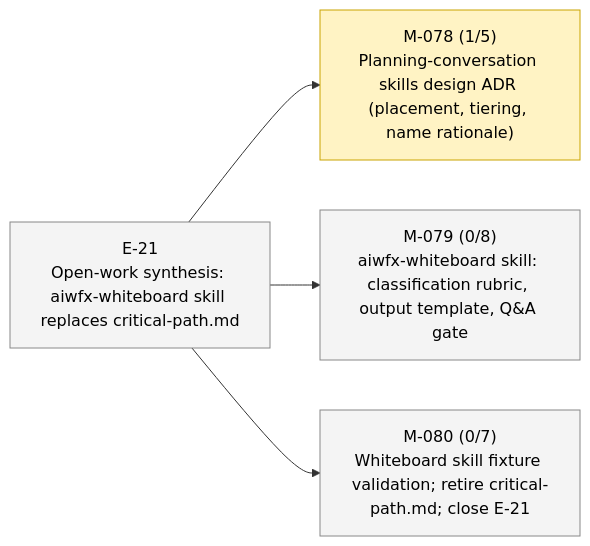
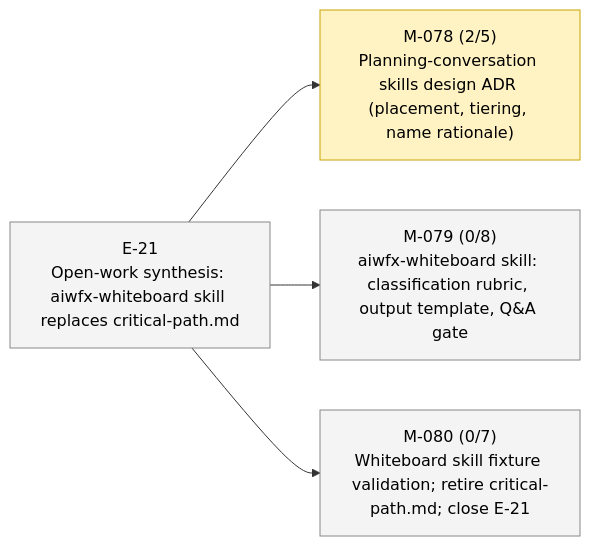
One commit to 23min/aiwf changed the second of 2 diagrams in STATUS.md. Above: the diagram before and after it, drawn with Mermaid. The commit also changed other lines of this file and 1 other file, not shown here.

````diff
--- a/STATUS.md
+++ b/STATUS.md
@@ -47,16 +47,16 @@
 ```mermaid
 flowchart LR
   E_21["E-21<br/>Open-work synthesis: aiwfx-whiteboard skill replaces critical-path.md"]:::epic_proposed
-  M_078["M-078 (1/5)<br/>Planning-conversation skills design ADR (placement, tiering, name rationale)"]:::ms_in_progress
+  M_078["M-078 (2/5)<br/>Planning-conversation skills design ADR (placement, tiering, name rationale)"]:::ms_in_progress
   E_21 --> M_078
   M_079["M-079 (0/8)<br/>aiwfx-whiteboard skill: classification rubric, output template, Q&A gate"]:::ms_draft
   E_21 --> M_079
   M_080["M-080 (0/7)<br/>Whiteboard skill fixture validation; retire critical-path.md; close E-21"]:::ms_draft
   E_21 --> M_080
   classDef epic_active fill:#d6eaff,stroke:#1a73e8,color:#000
   classDef epic_proposed fill:#f4f4f4,stroke:#888,color:#000
   classDef ms_done fill:#d8f5d8,stroke:#2a8a2a,color:#000
   classDef ms_in_progress fill:#fff3c4,stroke:#caa400,color:#000
   classDef ms_draft fill:#f4f4f4,stroke:#888,color:#000
   classDef ms_cancelled fill:#fbeaea,stroke:#c33,color:#000
 ```
````
